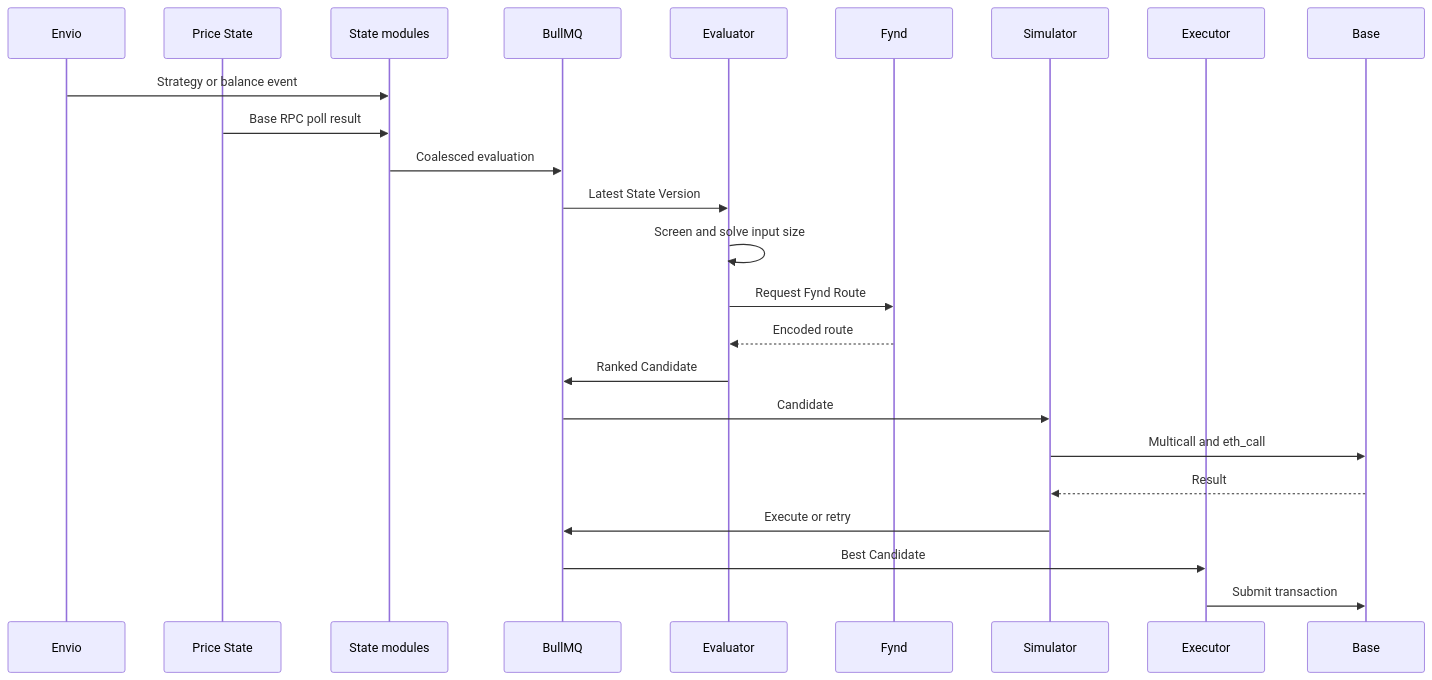
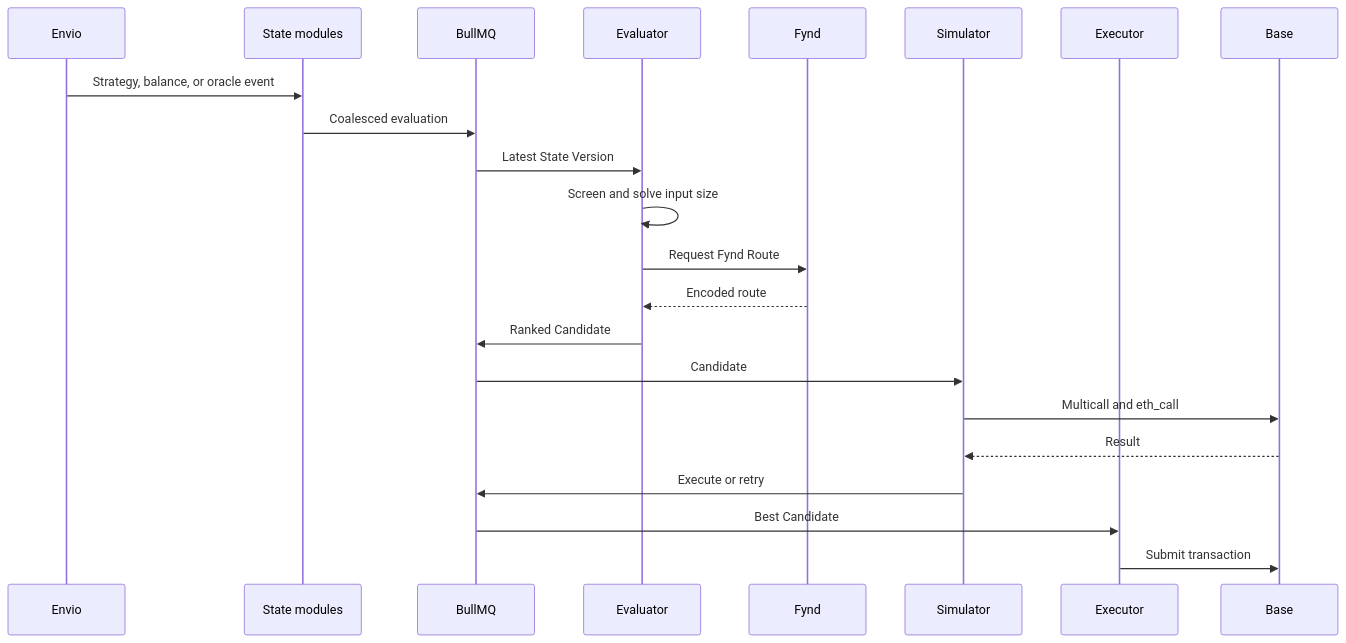
One commit to bleu/aqua-portfolio-manager changed the third of 4 diagrams in docs/adr/0014-production-arbitrageur-design.md. Above: the diagram before and after it, drawn with Mermaid. The commit also changed other lines of this file, not shown here.

First line of the commit message:
docs(adr): Price State indexes AnswerUpdated via aggregator tracking

````diff
--- a/docs/adr/0014-production-arbitrageur-design.md
+++ b/docs/adr/0014-production-arbitrageur-design.md
@@ -124,27 +125,25 @@
 ```mermaid
 sequenceDiagram
     participant Envio
-    participant Price as Price State
     participant State as State modules
     participant Queue as BullMQ
     participant Evaluator
     participant Fynd
     participant Simulator
     participant Executor
     participant Base
 
-    Envio->>State: Strategy or balance event
-    Price->>State: Base RPC poll result
+    Envio->>State: Strategy, balance, or oracle event
     State->>Queue: Coalesced evaluation
     Queue->>Evaluator: Latest State Version
     Evaluator->>Evaluator: Screen and solve input size
     Evaluator->>Fynd: Request Fynd Route
     Fynd-->>Evaluator: Encoded route
     Evaluator->>Queue: Ranked Candidate
     Queue->>Simulator: Candidate
     Simulator->>Base: Multicall and eth_call
     Base-->>Simulator: Result
     Simulator->>Queue: Execute or retry
     Queue->>Executor: Best Candidate
     Executor->>Base: Submit transaction
 ```
````
